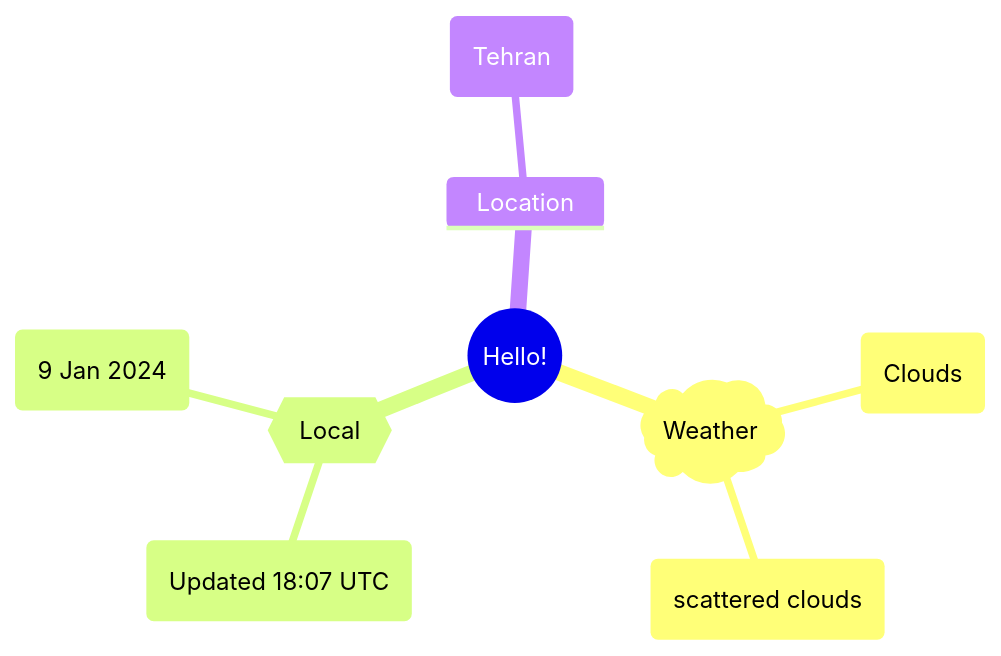
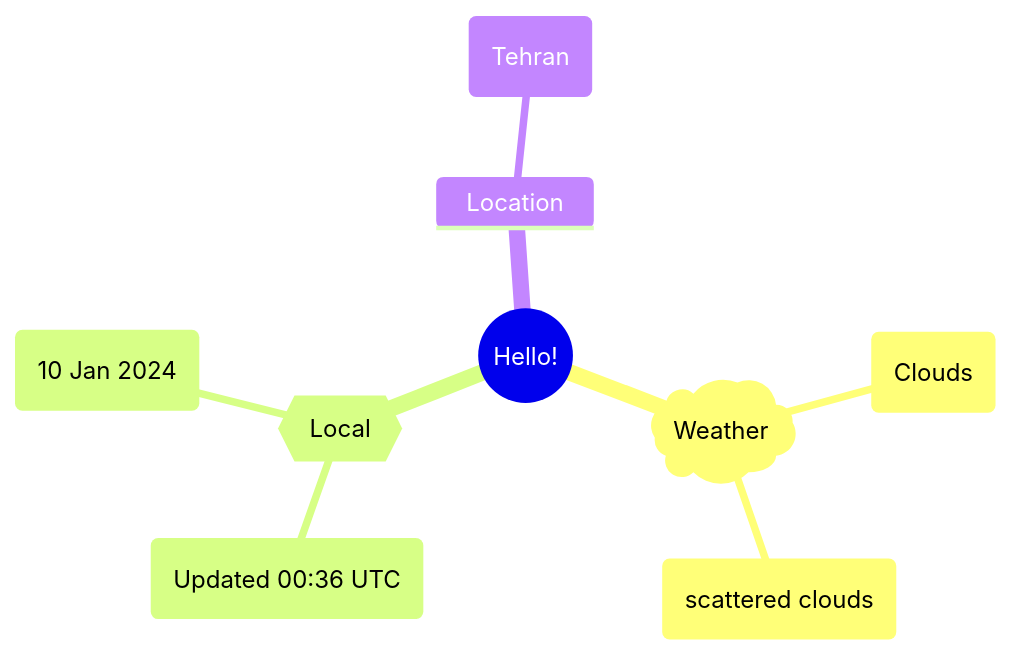
One commit to Xosrov/Xosrov changed the first of 2 diagrams in README.md. Above: the diagram before and after it, drawn with Mermaid.

Commit message:
[bot] updated images

````diff
--- a/README.md
+++ b/README.md
@@ -3,12 +3,12 @@
 ```mermaid
 mindmap
   root((Hello!))
     )Weather(
         (Clouds)
         (scattered clouds)
     {{Local}}
-        (Updated 18:07 UTC)
-        (9 Jan 2024)
+        (Updated 00:36 UTC)
+        (10 Jan 2024)
     Location
         (Tehran)
 ```
````
